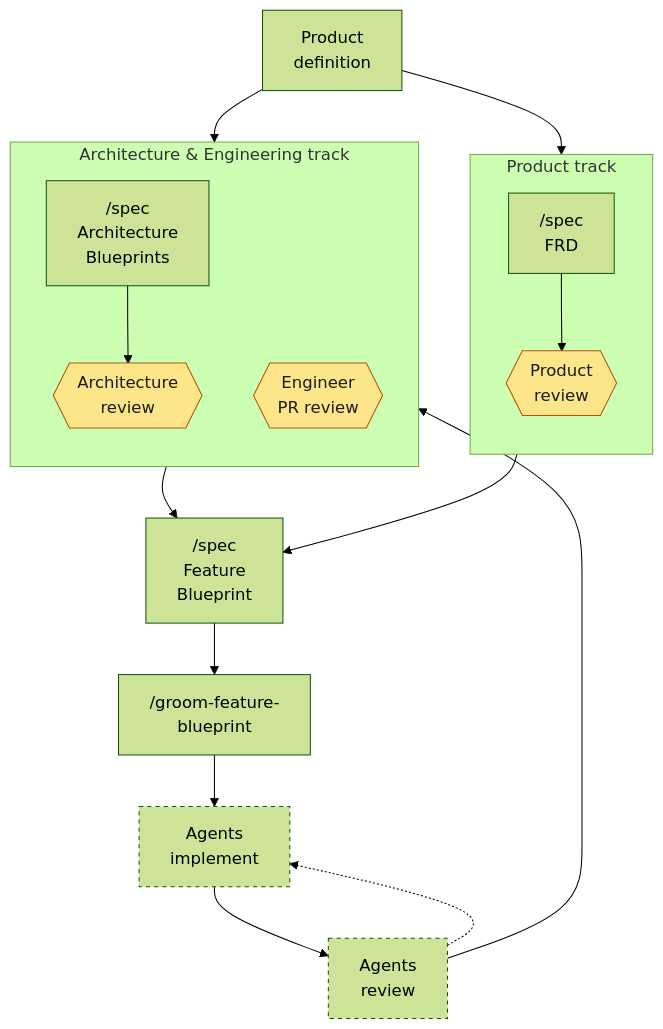
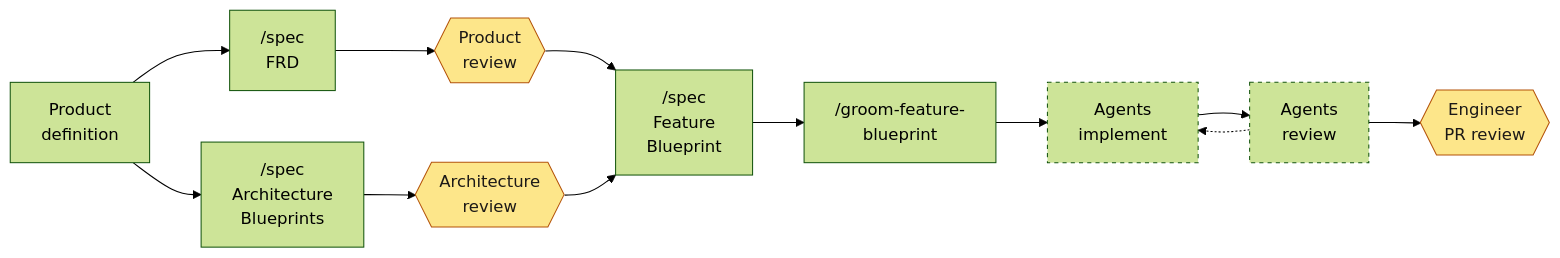
Before and after one commit to brettcallaghan/specs: the diagram in README.md, drawn with Mermaid (forest theme).

Commit message:
Drop the track boxes from the README workflow diagram
Claude-Session: https://claude.ai/code/session_01J5LMBBD8Yc8Ru5qevj5dVk

````diff
--- a/README.md
+++ b/README.md
@@ -56,28 +56,20 @@
 ```mermaid
-flowchart TB
-    P["Product<br/>definition"]
-    subgraph product["Product track"]
-        direction TB
-        A["/spec<br/>FRD"] --> B{{"Product<br/>review"}}
-    end
-    subgraph architecture["Architecture & Engineering track"]
-        direction TB
-        H["/spec<br/>Architecture<br/>Blueprints"] --> I{{"Architecture<br/>review"}}
-        G{{"Engineer<br/>PR review"}}
-    end
-    P --> A
-    P --> H
+flowchart LR
+    P["Product<br/>definition"] --> A["/spec<br/>FRD"]
+    P --> H["/spec<br/>Architecture<br/>Blueprints"]
+    A --> B{{"Product<br/>review"}}
+    H --> I{{"Architecture<br/>review"}}
     B --> C["/spec<br/>Feature<br/>Blueprint"]
     I --> C
     C --> E["/groom-feature-<br/>blueprint"]
     E --> F["Agents<br/>implement"]
     F --> J["Agents<br/>review"]
     J -.-> F
-    J --> G
+    J --> G{{"Engineer<br/>PR review"}}
 
     style B fill:#fde68a,stroke:#b45309,color:#1c1917
     style I fill:#fde68a,stroke:#b45309,color:#1c1917
     style G fill:#fde68a,stroke:#b45309,color:#1c1917
     style F stroke-dasharray: 4 4
     style J stroke-dasharray: 4 4
 ```
````
